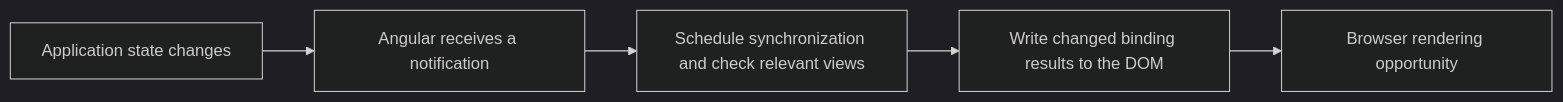
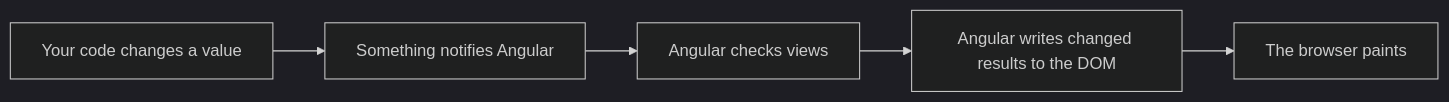
The diagram in src/content/blog/angular-change-detection.md (theo-matzavinos/dump), drawn with Mermaid (dark theme) before and after one commit. The commit also changed other lines of this file and 24 other files, not shown here.

First line of the commit message:
Revise all articles for voice, junior readers, and flow

````diff
--- a/src/content/blog/angular-change-detection.md
+++ b/src/content/blog/angular-change-detection.md
@@ -49,7 +60,7 @@
 ```mermaid
 flowchart LR
-    S[Application state changes] --> N[Angular receives a notification]
-    N --> C[Schedule synchronization and check relevant views]
-    C --> U[Write changed binding results to the DOM]
-    U --> P[Browser rendering opportunity]
+    S[Your code changes a value] --> N[Something notifies Angular]
+    N --> C[Angular checks views]
+    C --> U[Angular writes changed results to the DOM]
+    U --> P[The browser paints]
 ```
````
